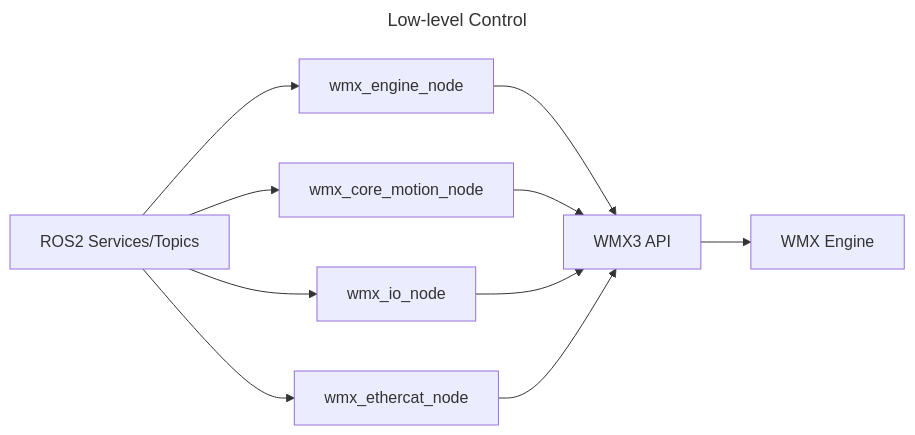
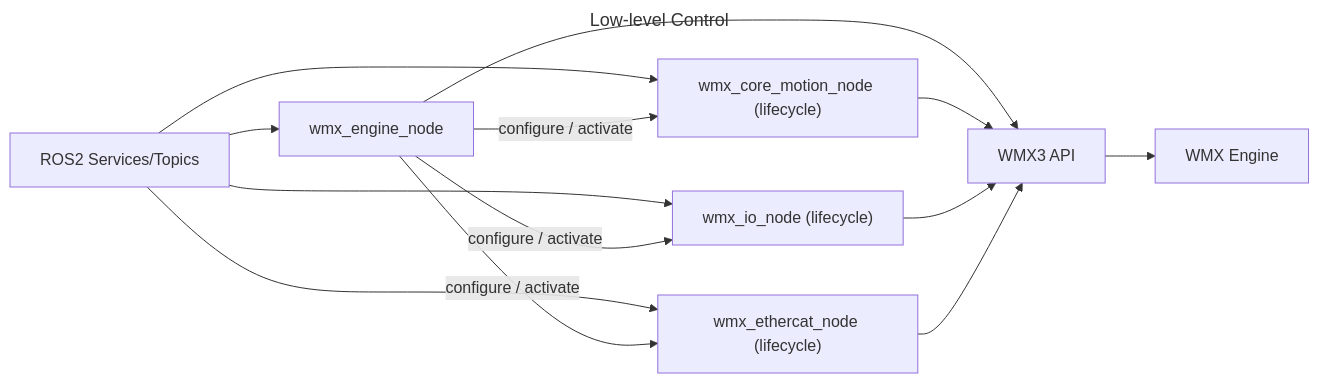
Before and after one commit to movensys/wmx-ros2: the first of 2 diagrams in README.md, drawn with Mermaid. The commit also changed other lines of this file and 31 other files, not shown here.

````diff
--- a/README.md
+++ b/README.md
@@ -58,15 +58,18 @@
 ```mermaid
 ---
 title: Low-level Control
 ---
 flowchart LR;
     A[ROS2 Services/Topics] --> B[wmx_engine_node];
-    A --> C[wmx_core_motion_node];
-    A --> D[wmx_io_node];
-    A --> E[wmx_ethercat_node];
+    A --> C["wmx_core_motion_node (lifecycle)"];
+    A --> D["wmx_io_node (lifecycle)"];
+    A --> E["wmx_ethercat_node (lifecycle)"];
+    B -->|configure / activate| C;
+    B -->|configure / activate| D;
+    B -->|configure / activate| E;
     B --> F[WMX3 API];
     C --> F;
     D --> F;
     E --> F;
     F --> G[WMX Engine];
 ```
````
